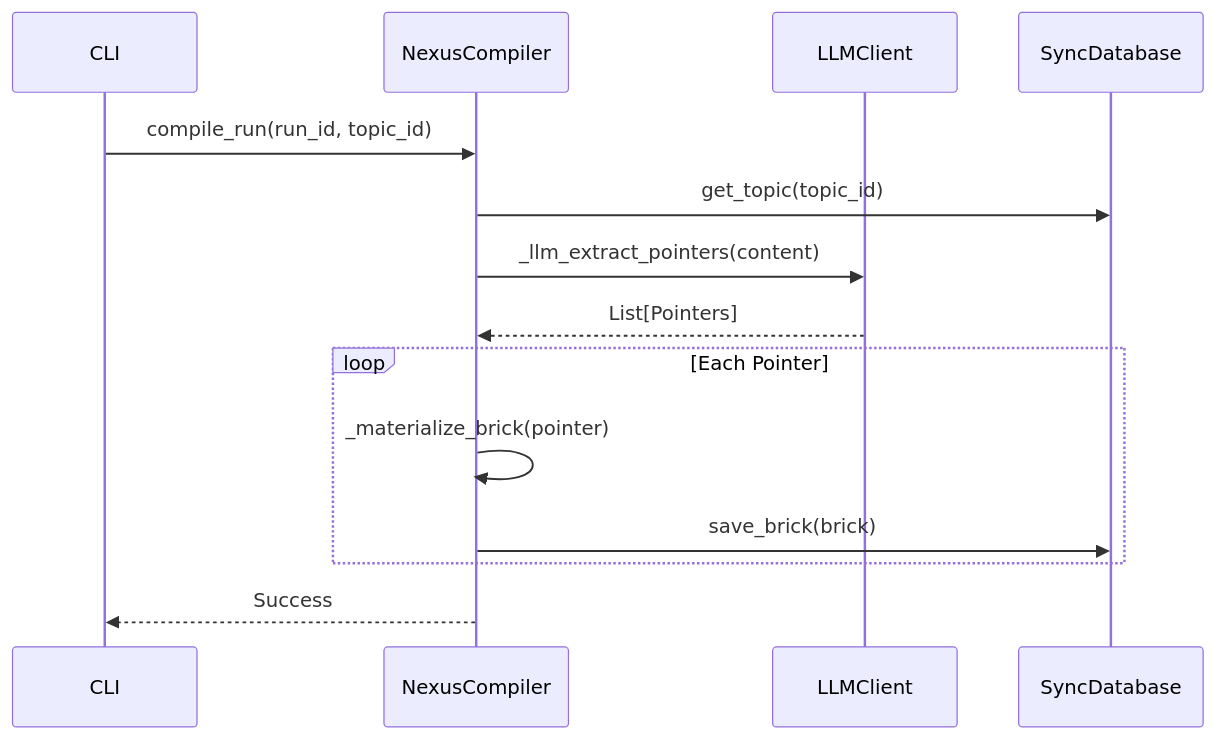
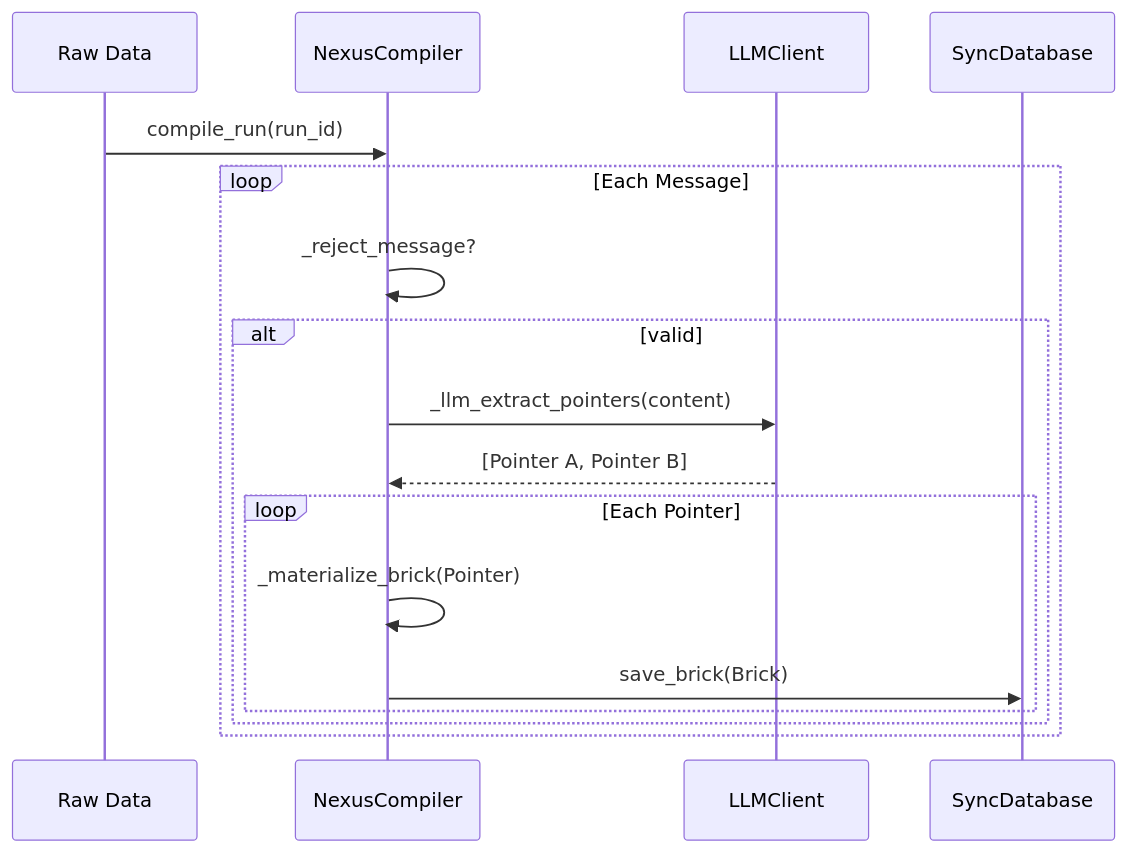
One commit to Chaithu1995-0312/LLMExtractor changed the first of 3 diagrams in MODULE_DEEP_DIVES.md. Above: the diagram before and after it, drawn with Mermaid. The commit also changed other lines of this file and 10 other files, not shown here.

````diff
--- a/MODULE_DEEP_DIVES.md
+++ b/MODULE_DEEP_DIVES.md
@@ -13,17 +15,20 @@
 ```mermaid
 sequenceDiagram
-    participant CLI
+    participant Source as Raw Data
     participant Compiler as NexusCompiler
     participant LLM as LLMClient
     participant DB as SyncDatabase
-    
-    CLI->>Compiler: compile_run(run_id, topic_id)
-    Compiler->>DB: get_topic(topic_id)
-    Compiler->>LLM: _llm_extract_pointers(content)
-    LLM-->>Compiler: List[Pointers]
-    loop Each Pointer
-        Compiler->>Compiler: _materialize_brick(pointer)
-        Compiler->>DB: save_brick(brick)
+
+    Source->>Compiler: compile_run(run_id)
+    loop Each Message
+        Compiler->>Compiler: _reject_message?
+        alt valid
+            Compiler->>LLM: _llm_extract_pointers(content)
+            LLM-->>Compiler: [Pointer A, Pointer B]
+            loop Each Pointer
+                Compiler->>Compiler: _materialize_brick(Pointer)
+                Compiler->>DB: save_brick(Brick)
+            end
+        end
     end
-    Compiler-->>CLI: Success
 ```
````
